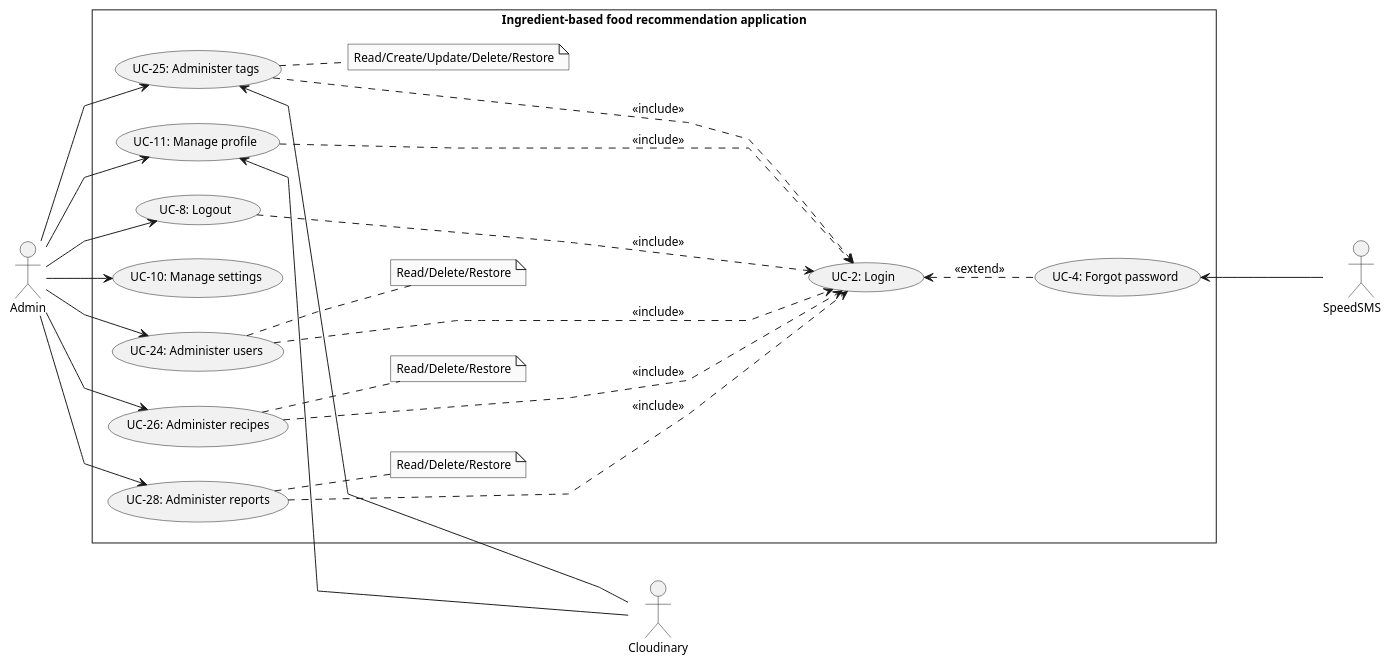
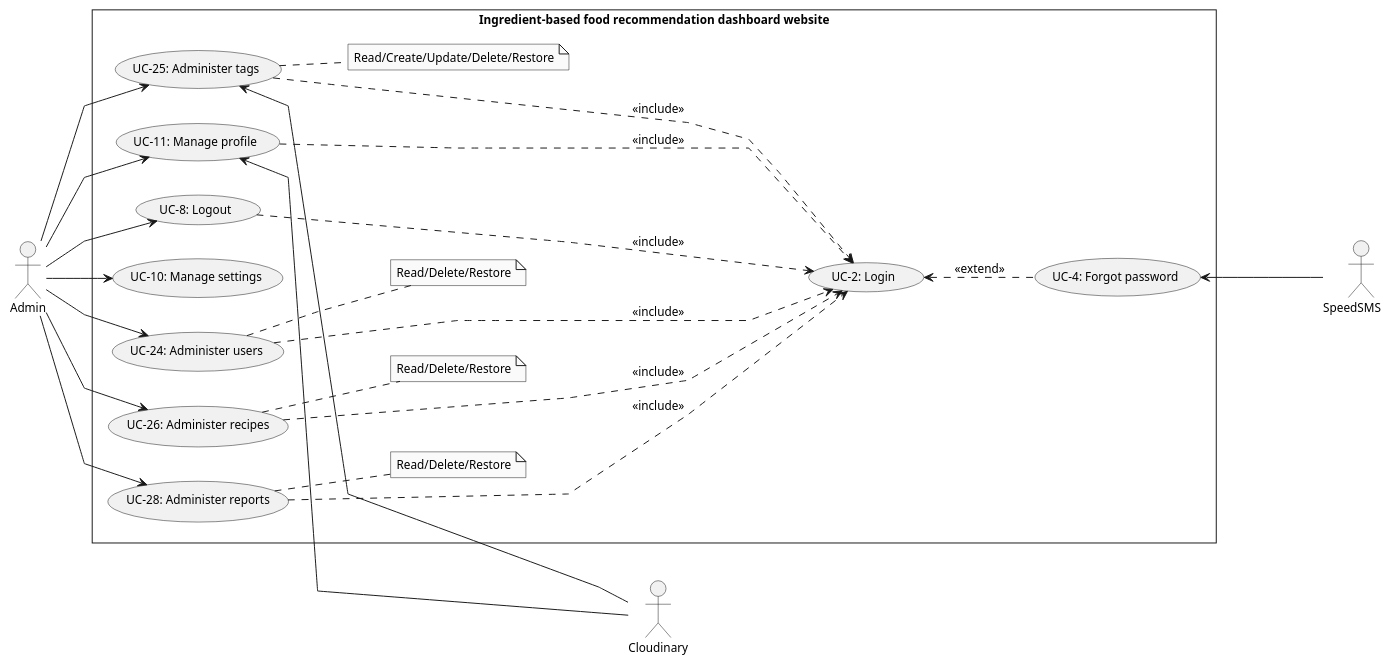
Before and after one commit to Carl-Johnsons/tastopia: the diagram in doc/SRS/Usecase/AdminUsecase/AdminUsecase.plantuml, drawn with PlantUML. The commit also changed 4 other files, not shown here.

```diff
--- a/doc/SRS/Usecase/AdminUsecase/AdminUsecase.plantuml
+++ b/doc/SRS/Usecase/AdminUsecase/AdminUsecase.plantuml
@@ -1,54 +1,54 @@
 @startuml AdminUsecase
 skinparam style strictuml
 skinparam monochrome true
 skinparam linetype polyline
 skinparam defaultFontSize 12
 left to right direction
 actor "Admin" as admin
 actor "Cloudinary" as cl
 actor "SpeedSMS      " as sms
-rectangle Ingredient-based<U+0020>food<U+0020>recommendation<U+0020>application {
+rectangle Ingredient-based<U+0020>food<U+0020>recommendation<U+0020>dashboard<U+0020>website {
     usecase "UC-2: Login" as ucLogin
     usecase "UC-4: Forgot password" as ucForgotPassword
     usecase "UC-8: Logout" as ucLogout
     usecase "UC-10: Manage settings" as ucManageSetting
     usecase "UC-11: Manage profile" as ucManageProfile
 
     usecase "UC-24: Administer users" as ucAdmUser
     usecase "UC-25: Administer tags" as ucAdmTags
     usecase "UC-26: Administer recipes" as ucAdmRecipe
     usecase "UC-28: Administer reports" as ucAdmReport
 
     note "Read/Delete/Restore" as noteAdmUser
     note "Read/Delete/Restore" as noteAdmRecipe
     note "Read/Create/Update/Delete/Restore" as noteAdmTag
     note "Read/Delete/Restore" as noteAdmReport
 
     admin --> ucAdmUser
         ucAdmUser .. noteAdmUser
     admin --> ucAdmRecipe
         ucAdmRecipe .. noteAdmRecipe
     admin --> ucAdmReport
         ucAdmReport .. noteAdmReport
     admin --> ucAdmTags
         ucAdmTags .. noteAdmTag
     admin --> ucManageProfile
     admin --> ucManageSetting
     admin --> ucLogout
 
     ucLogout .....> ucLogin : <<include>>
     ucAdmUser .....> ucLogin : <<include>>
     ucAdmRecipe .....> ucLogin : <<include>>
     ucAdmTags .....> ucLogin : <<include>>
     ucManageProfile .....> ucLogin : <<include>>
     ucAdmReport .....> ucLogin : <<include>>
 
     ucLogin <.. ucForgotPassword : <<extend>>
 
     cl --up-> ucManageProfile
     cl --up-> ucAdmTags
     sms --up-> ucForgotPassword
     
 }
 
 @enduml
```
